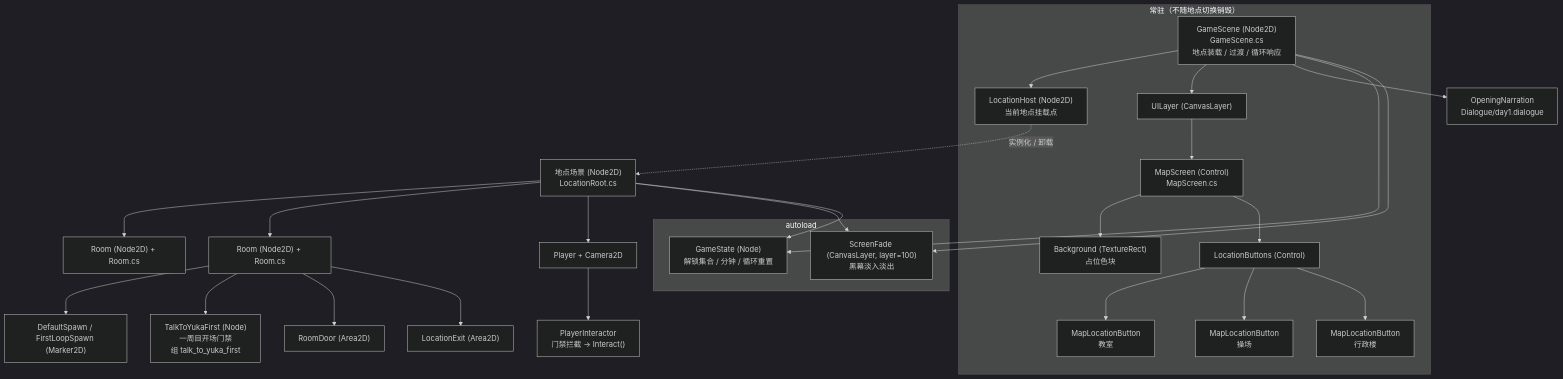
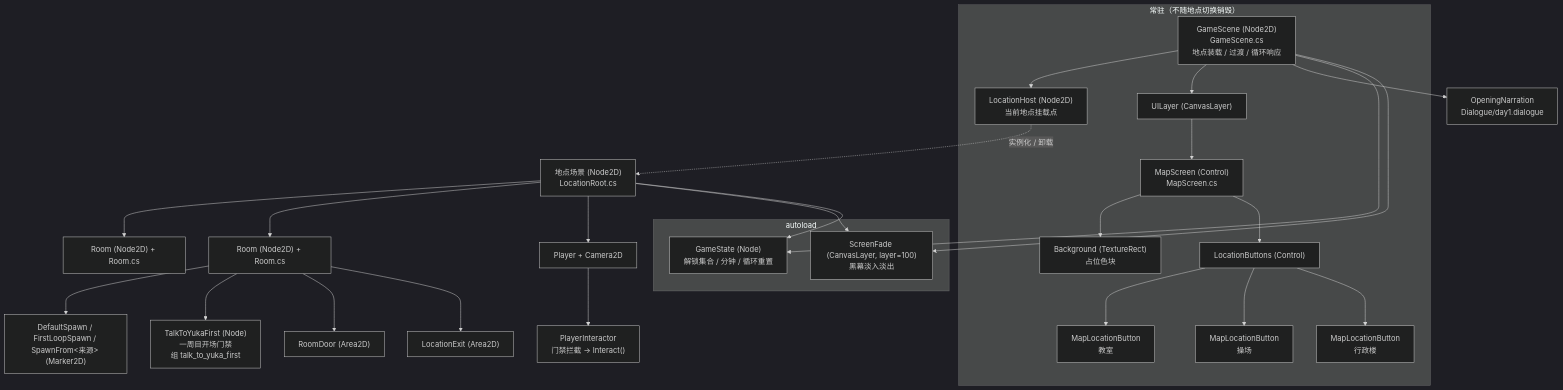
The first of 5 diagrams in docs/superpowers/specs/2026-11-06-map-scene-system-design.md (Yumihoshi/pandagj-2026), drawn with Mermaid (dark theme) before and after one commit. The commit also changed other lines of this file and 342 other files, not shown here.

````diff
--- a/docs/superpowers/specs/2026-11-06-map-scene-system-design.md
+++ b/docs/superpowers/specs/2026-11-06-map-scene-system-design.md
@@ -87,35 +87,35 @@
 ```mermaid
 graph TD
     subgraph 常驻["常驻（不随地点切换销毁）"]
         GameScene["GameScene (Node2D)<br/>GameScene.cs<br/>地点装载 / 过渡 / 循环响应"]
         GameScene --> LocationHost["LocationHost (Node2D)<br/>当前地点挂载点"]
         GameScene --> UILayer["UILayer (CanvasLayer)"]
         UILayer --> MapScreen["MapScreen (Control)<br/>MapScreen.cs"]
         MapScreen --> Bg["Background (TextureRect)<br/>占位色块"]
         MapScreen --> BtnBox["LocationButtons (Control)"]
         BtnBox --> BtnA["MapLocationButton<br/>教室"]
         BtnBox --> BtnB["MapLocationButton<br/>操场"]
         BtnBox --> BtnC["MapLocationButton<br/>行政楼"]
     end
 
     subgraph 自动加载["autoload"]
         GameState["GameState (Node)<br/>解锁集合 / 分钟 / 循环重置"]
         ScreenFade["ScreenFade (CanvasLayer, layer=100)<br/>黑幕淡入淡出"]
     end
 
     LocationHost -.实例化 / 卸载.-> Location["地点场景 (Node2D)<br/>LocationRoot.cs"]
     Location --> RoomA["Room (Node2D) + Room.cs"]
     Location --> RoomB["Room (Node2D) + Room.cs"]
     Location --> PlayerNode["Player + Camera2D"]
     PlayerNode --> Interactor["PlayerInteractor<br/>门禁拦截 → Interact()"]
-    RoomB --> Spawn["DefaultSpawn / FirstLoopSpawn (Marker2D)"]
+    RoomB --> Spawn["DefaultSpawn / FirstLoopSpawn / SpawnFrom&lt;来源&gt; (Marker2D)"]
     RoomB --> Gate["TalkToYukaFirst (Node)<br/>一周目开场门禁<br/>组 talk_to_yuka_first"]
     RoomB --> Door["RoomDoor (Area2D)"]
     RoomB --> Exit["LocationExit (Area2D)"]
     GameScene --> Narration["OpeningNarration<br/>Dialogue/day1.dialogue"]
 
     GameScene --> GameState
     GameScene --> ScreenFade
     Location --> ScreenFade
     Location --> GameState
 ```
````
